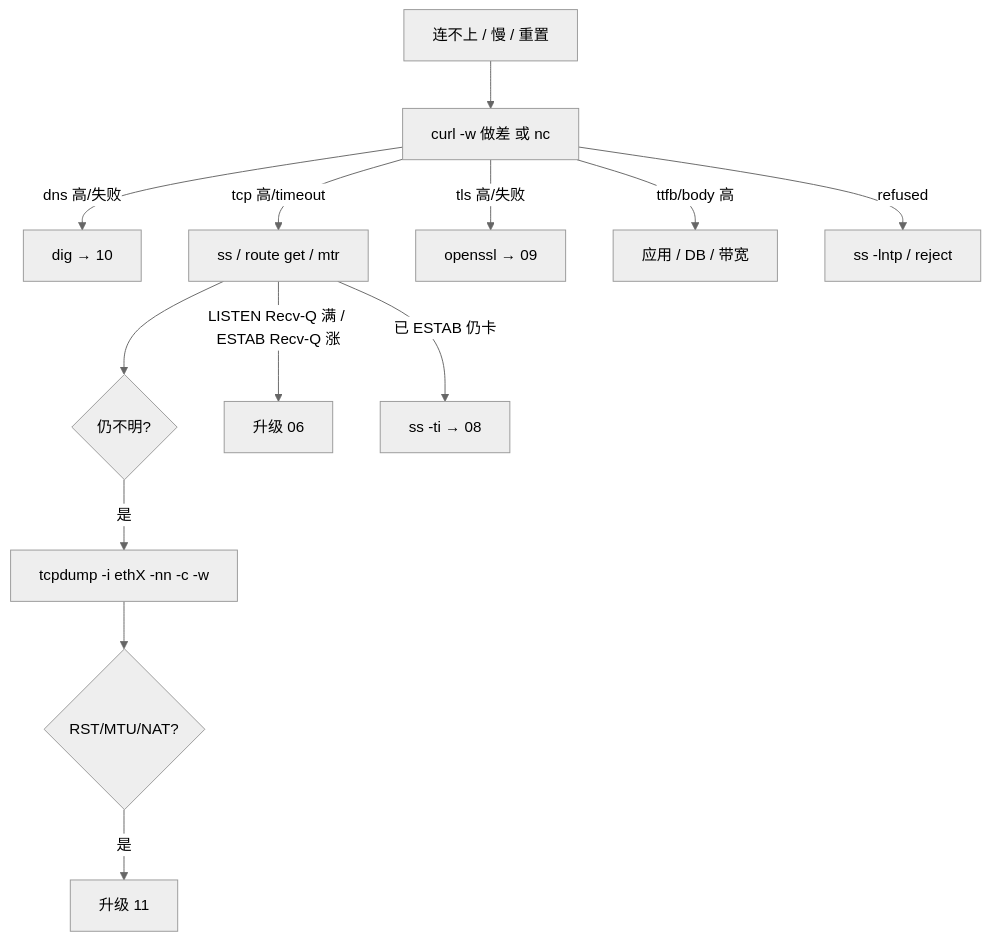
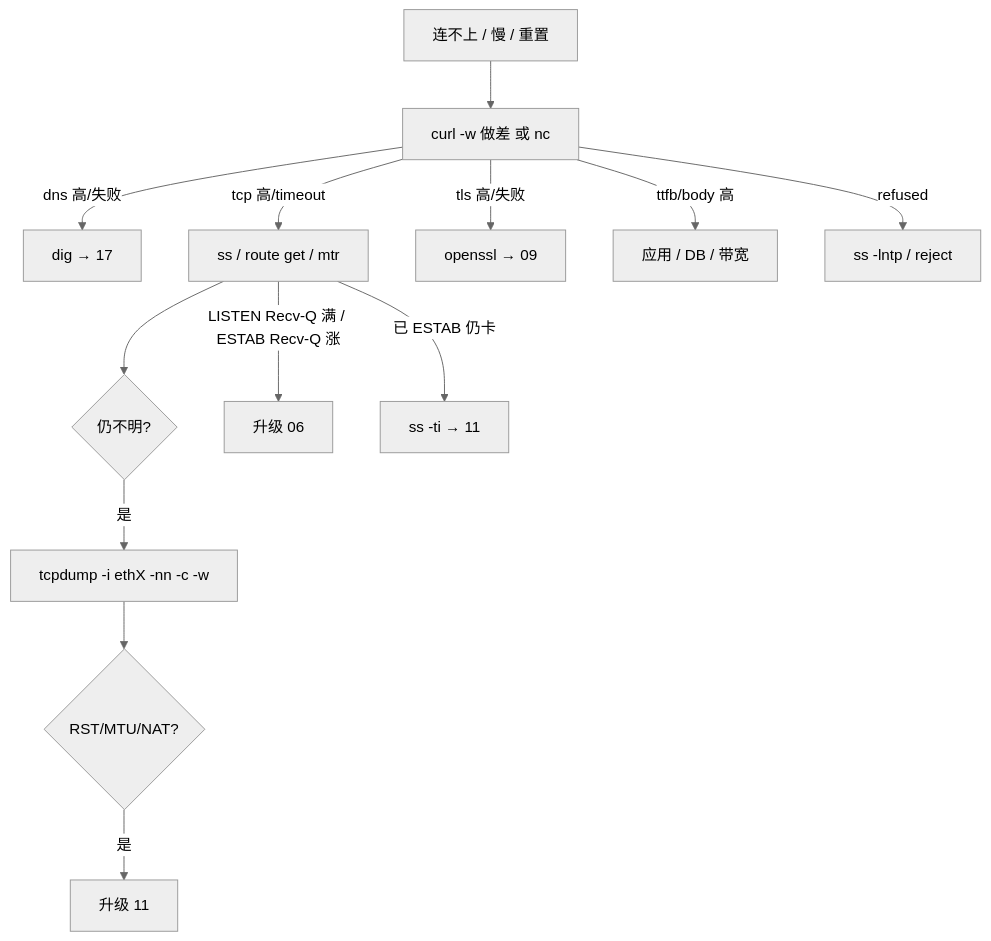
Before and after one commit to ml-cuizijun/LearnToLilith: the third of 3 diagrams in 01-基础底座/02-网络排查命令/知识点.md, drawn with Mermaid (neutral theme). The commit also changed other lines of this file and 56 other files, not shown here.

````diff
--- a/01-基础底座/02-网络排查命令/知识点.md
+++ b/01-基础底座/02-网络排查命令/知识点.md
@@ -1010,15 +1010,15 @@
 ```mermaid
 flowchart TB
     A[连不上 / 慢 / 重置] --> B[curl -w 做差 或 nc]
-    B -->|dns 高/失败| D[dig → 10]
+    B -->|dns 高/失败| D[dig → 17]
     B -->|tcp 高/timeout| E[ss / route get / mtr]
     B -->|tls 高/失败| F[openssl → 09]
     B -->|ttfb/body 高| G[应用 / DB / 带宽]
     B -->|refused| H[ss -lntp / reject]
     E --> I{仍不明?}
     I -->|是| J[tcpdump -i ethX -nn -c -w]
     J --> K{RST/MTU/NAT?}
     K -->|是| L[升级 11]
     E -->|LISTEN Recv-Q 满 / ESTAB Recv-Q 涨| M[升级 06]
-    E -->|已 ESTAB 仍卡| N[ss -ti → 08]
+    E -->|已 ESTAB 仍卡| N[ss -ti → 11]
 ```
````
